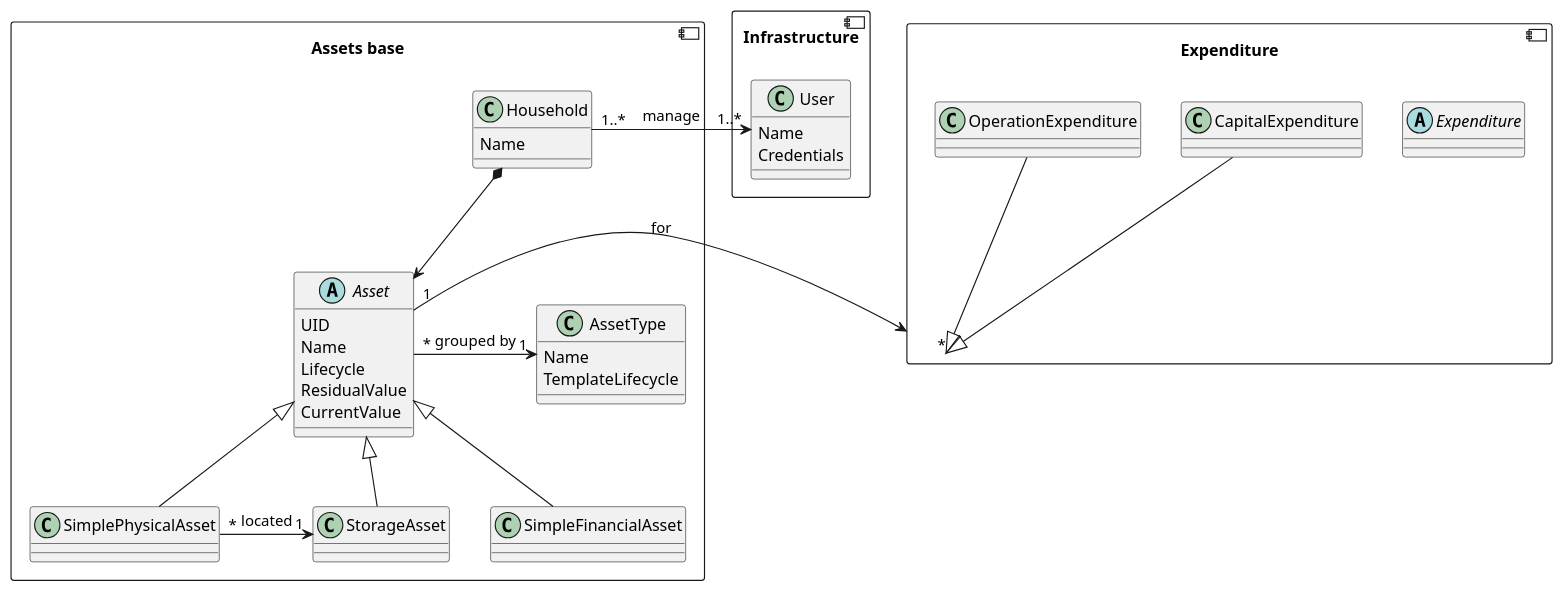
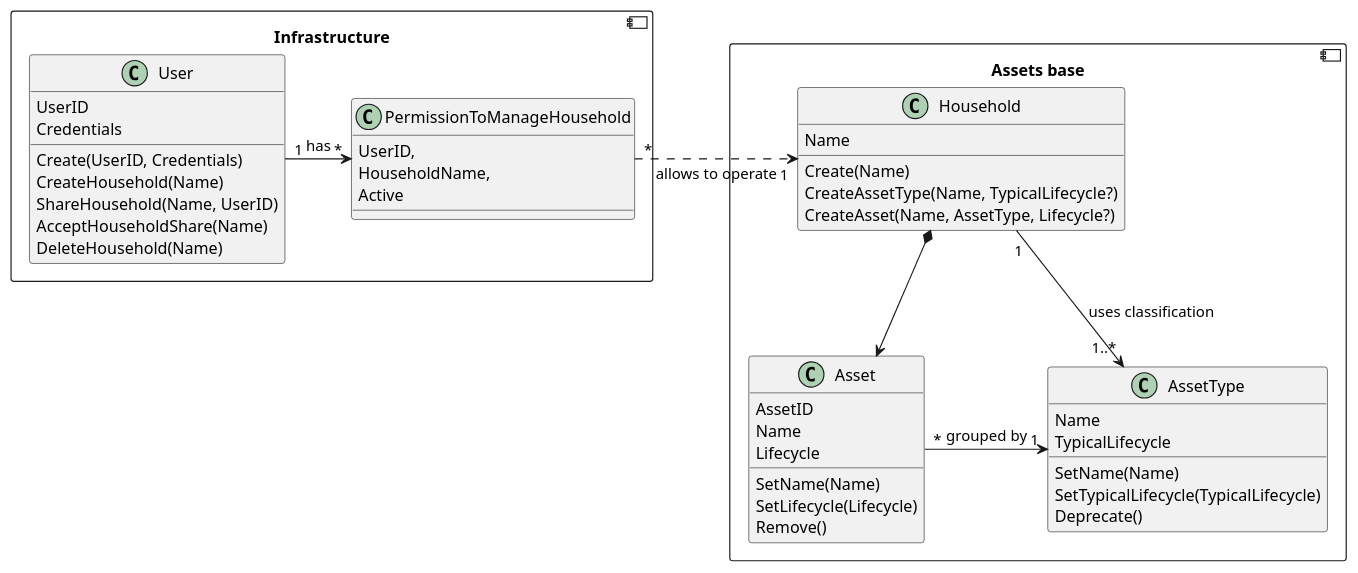
Before and after one commit to AVEducationalProjects/PAM: the diagram in docs/domain.puml, drawn with PlantUML. The commit also changed 1 other file, not shown here.

Commit message:
Simple domain & deployment

```diff
--- a/docs/domain.puml
+++ b/docs/domain.puml
@@ -1,63 +1,64 @@
 @startuml Domain model
 
 component Infrastructure{
 
     class User {
-        Name
+        UserID
         Credentials
+
+        Create(UserID, Credentials)
+        CreateHousehold(Name)
+        ShareHousehold(Name, UserID)
+        AcceptHouseholdShare(Name)
+        DeleteHousehold(Name)
     }
+
+    class PermissionToManageHousehold{
+        UserID,
+        HouseholdName,
+        Active
+    }
+
+    User "1"->"*" PermissionToManageHousehold : has
+
 }
 
 component "Assets base" as AssetBase{
 
     class Household{
         Name
+
+        Create(Name)
+        CreateAssetType(Name, TypicalLifecycle?)
+        CreateAsset(Name, AssetType, Lifecycle?)
     }
 
     class AssetType{
         Name
-        TemplateLifecycle
+        TypicalLifecycle
+
+        SetName(Name)
+        SetTypicalLifecycle(TypicalLifecycle)
+        Deprecate()
     }
 
 
-    abstract class Asset{
-        UID
+    class Asset{
+        AssetID
         Name
         Lifecycle
-        ResidualValue
-        CurrentValue
+
+        SetName(Name)
+        SetLifecycle(Lifecycle)
+        Remove()
     }
 
-    class StorageAsset
-
-    class SimplePhysicalAsset
-
-    class SimpleFinancialAsset
+    Household "1"==>"1..*" AssetType: uses classification
+    Household *--> Asset
+    Asset "*" -> "1" AssetType : grouped by
 }
 
-component Expenditure{
 
-    abstract class Expenditure
-
-    class OperationExpenditure
-
-    class CapitalExpenditure
-
-}
-
-Asset <|-- StorageAsset
-Asset <|-- SimplePhysicalAsset
-Asset <|-- SimpleFinancialAsset
-
-SimplePhysicalAsset "*" -> "1" StorageAsset : located
-
-CapitalExpenditure -down-|> Expenditure
-OperationExpenditure -down-|> Expenditure
-
-Household "1..*" -left-> "1..*" User : manage
-Household *--> Asset
-Asset "*" -> "1" AssetType : grouped by
-
-Expenditure "*" <- "1" Asset : for
+Household "1" <.left. "*" PermissionToManageHousehold : allows to operate
 
 @enduml
```
